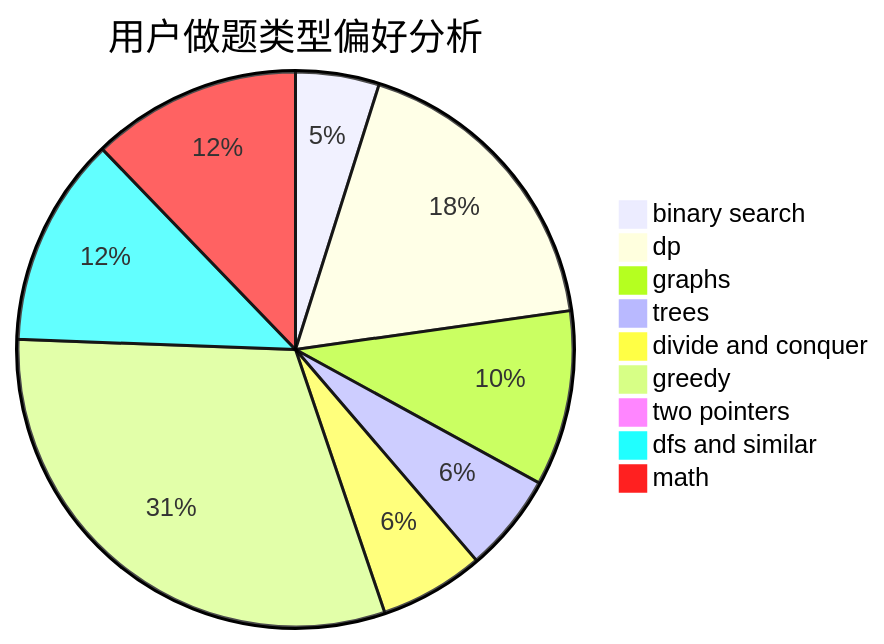
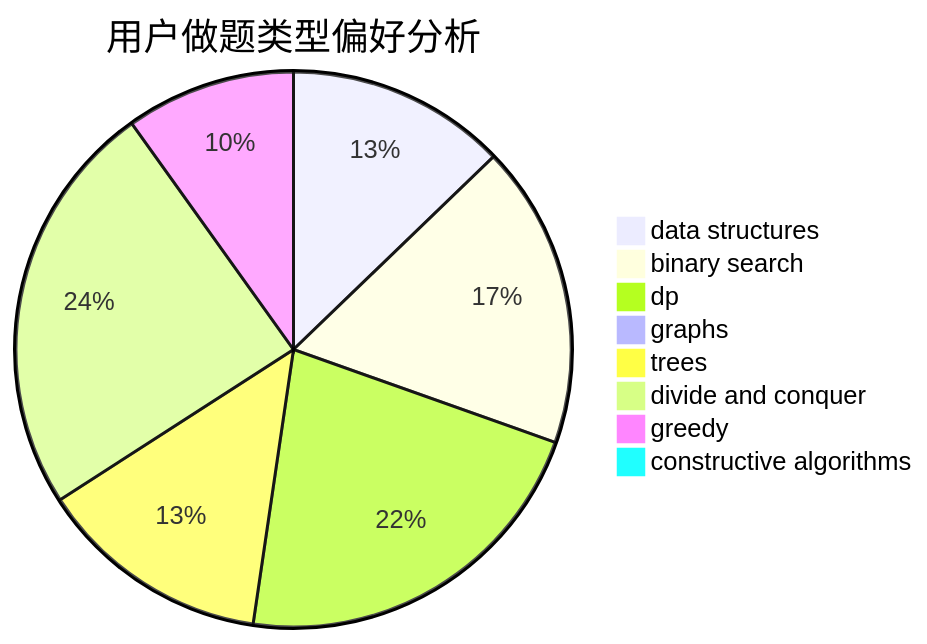
One commit to sherpahu/cfrs.github.io changed the second of 3 diagrams in docs/user/u533.md. Above: the diagram before and after it, drawn with Mermaid. The commit also changed other lines of this file and 2775 other files, not shown here.

````diff
--- a/docs/user/u533.md
+++ b/docs/user/u533.md
@@ -23,12 +23,11 @@
 ```mermaid
 pie title 用户做题类型偏好分析
-    "binary search" :  100
-    "dp" :  368
-    "graphs" :  210
-    "trees" :  118
+    "data structures" :  66
+    "binary search" :  91
+    "dp" :  113
+    "graphs" :  3
+    "trees" :  70
     "divide and conquer" :  125
-    "greedy" :  633
-    "two pointers" :  4
-    "dfs and similar" :  251
-    "math" :  251
+    "greedy" :  51
+    "constructive algorithms" :  4
 ```
````
